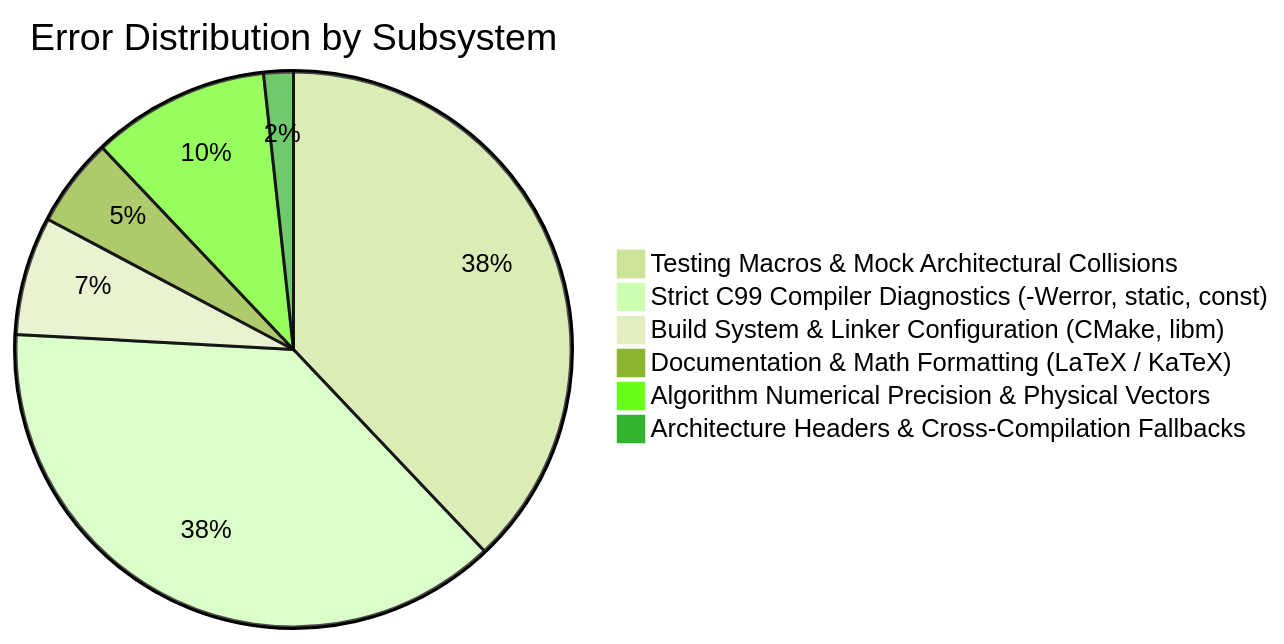
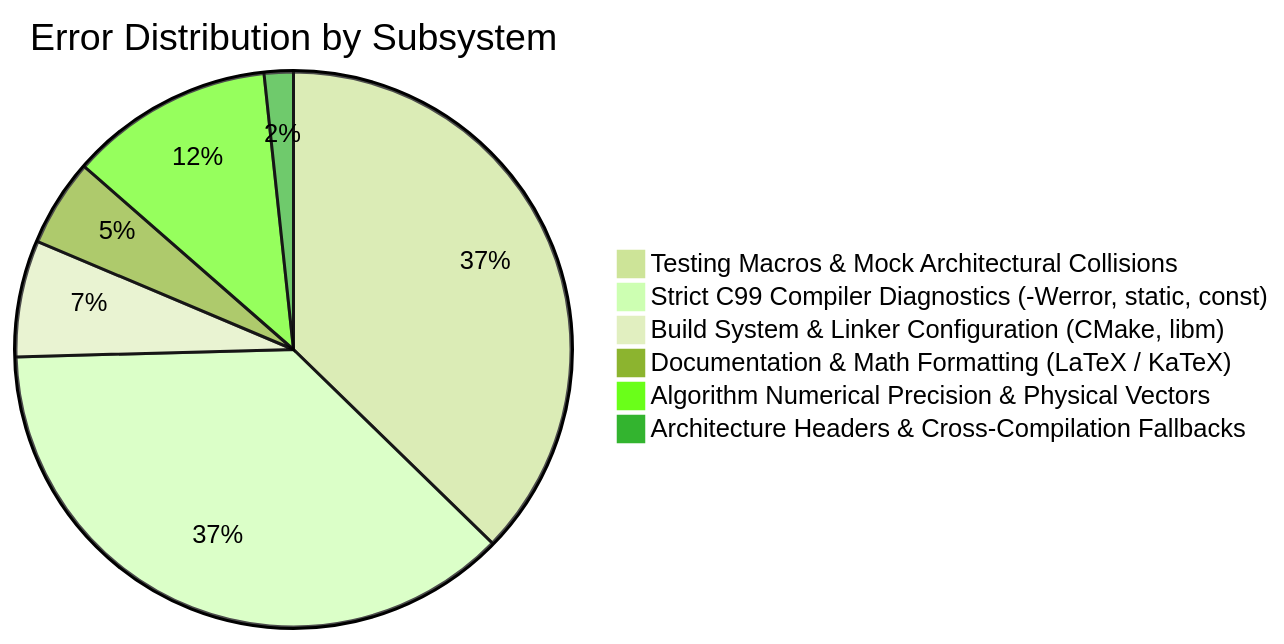
One commit to Thejus26/rain-predict changed the diagram in context/errors/README.md. Above: the diagram before and after it, drawn with Mermaid (forest theme). The commit also changed other lines of this file and 3 other files, not shown here.

````diff
--- a/context/errors/README.md
+++ b/context/errors/README.md
@@ -75,9 +76,9 @@
 ```mermaid
 pie title Error Distribution by Subsystem
     "Testing Macros & Mock Architectural Collisions" : 22
     "Strict C99 Compiler Diagnostics (-Werror, static, const)" : 22
     "Build System & Linker Configuration (CMake, libm)" : 4
     "Documentation & Math Formatting (LaTeX / KaTeX)" : 3
-    "Algorithm Numerical Precision & Physical Vectors" : 6
+    "Algorithm Numerical Precision & Physical Vectors" : 7
     "Architecture Headers & Cross-Compilation Fallbacks" : 1
 ```
````
